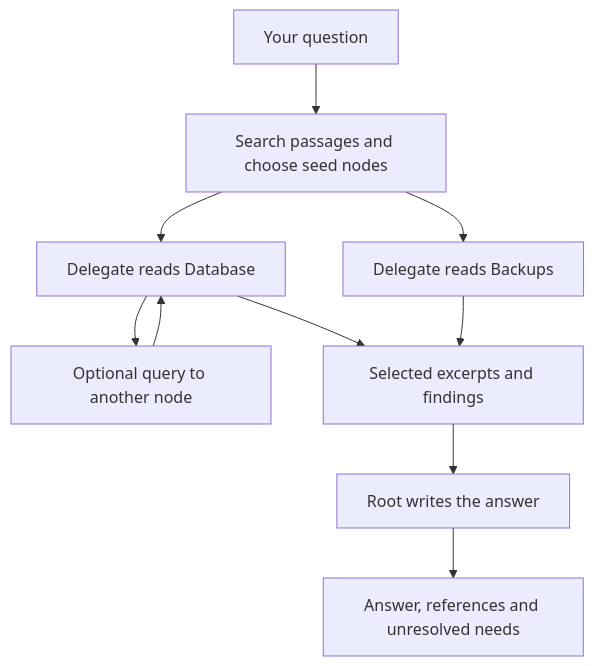
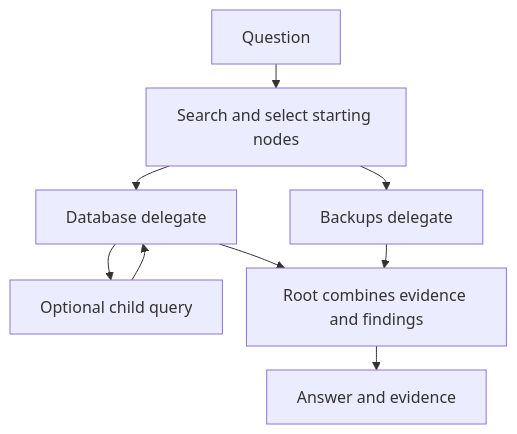
Before and after one commit to simjay/llgm: the diagram in docs/guide/architecture.md, drawn with Mermaid. The commit also changed other lines of this file and 18 other files, not shown here.

````diff
--- a/docs/guide/architecture.md
+++ b/docs/guide/architecture.md
@@ -68,12 +63,12 @@
 ```{mermaid}
+%%{init: {'flowchart': {'rankSpacing': 24, 'nodeSpacing': 24}}}%%
 flowchart TD
-    Question[Your question] --> Search[Search passages and choose seed nodes]
-    Search --> Database[Delegate reads Database]
-    Search --> Backups[Delegate reads Backups]
-    Database --> Child[Optional query to another node]
+    Question[Question] --> Seeds[Search and select starting nodes]
+    Seeds --> Database[Database delegate]
+    Seeds --> Backups[Backups delegate]
+    Database --> Child[Optional child query]
     Child --> Database
-    Database --> Evidence[Selected excerpts and findings]
-    Backups --> Evidence
-    Evidence --> Root[Root writes the answer]
-    Root --> Result[Answer, references and unresolved needs]
+    Database --> Root[Root combines evidence and findings]
+    Backups --> Root
+    Root --> Result[Answer and evidence]
 ```
````
